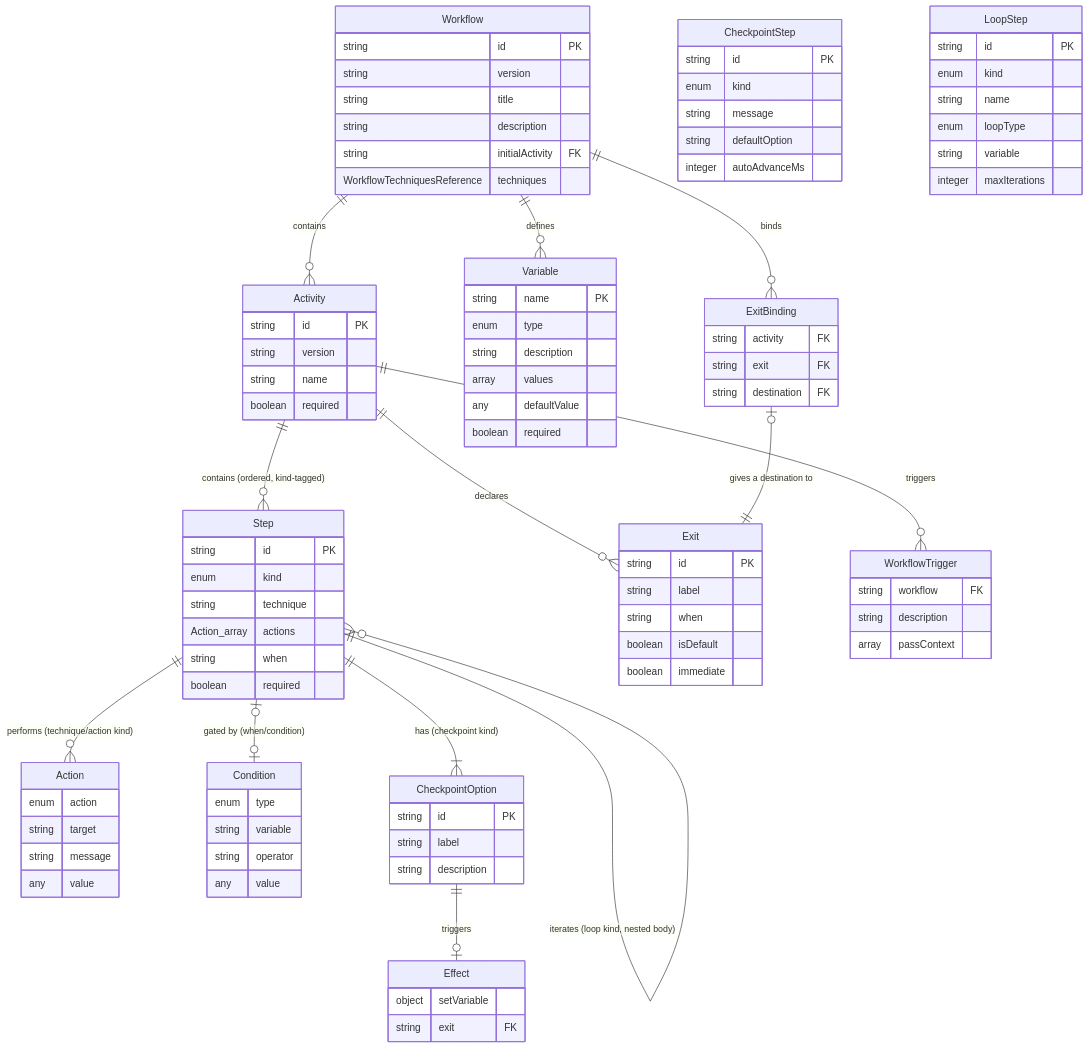
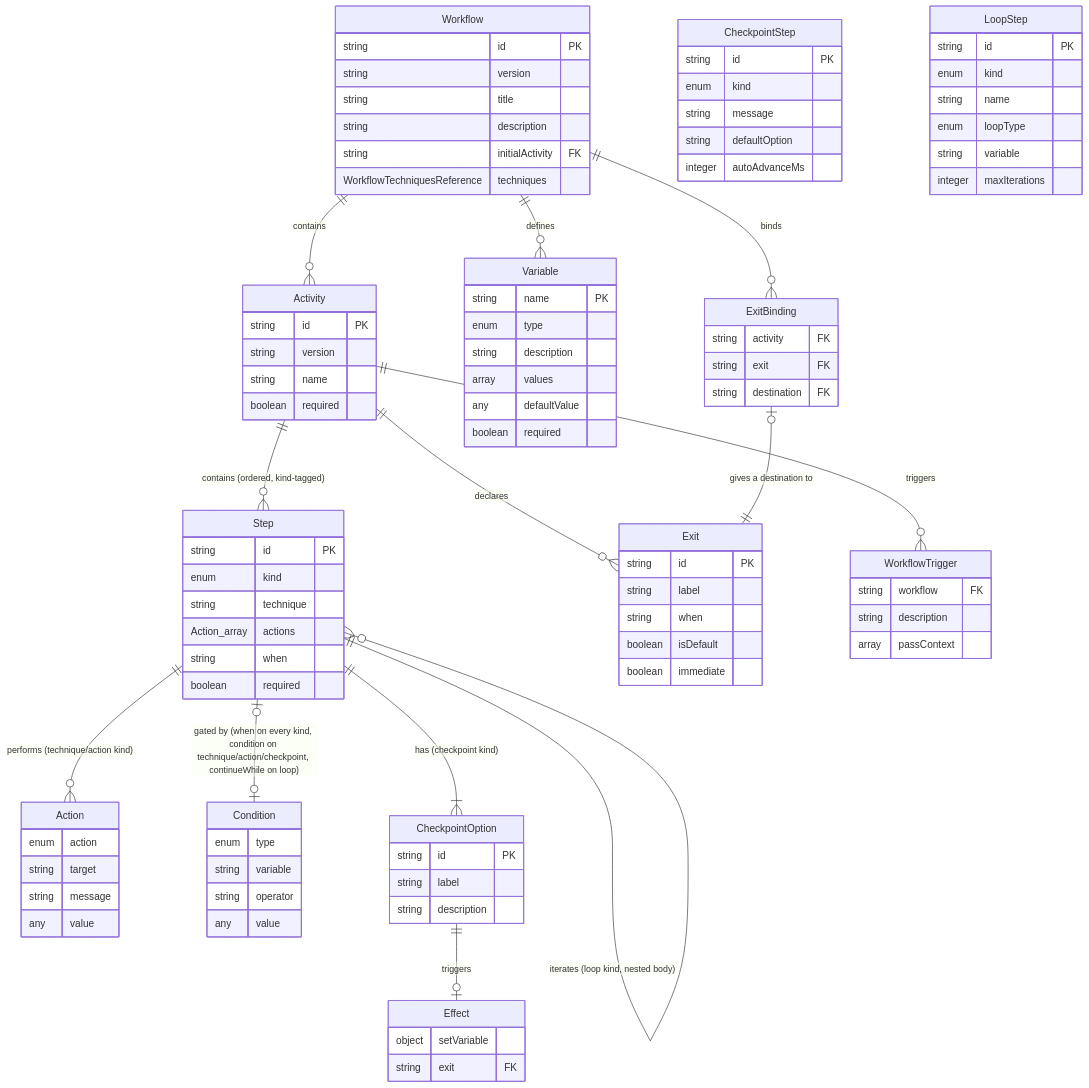
Before and after one commit to m2ux/workflow-server: the third of 3 diagrams in schemas/README.md, drawn with Mermaid. The commit also changed other lines of this file and 10 other files, not shown here.

```diff
--- a/schemas/README.md
+++ b/schemas/README.md
@@ -158,7 +158,7 @@
     ExitBinding |o--|| Exit : "gives a destination to"
     
     Step ||--o{ Action : "performs (technique/action kind)"
-    Step |o--o| Condition : "gated by (when/condition)"
+    Step |o--o| Condition : "gated by (when on every kind, condition on technique/action/checkpoint, continueWhile on loop)"
     Step ||--|{ CheckpointOption : "has (checkpoint kind)"
     Step ||--o{ Step : "iterates (loop kind, nested body)"
     CheckpointOption ||--o| Effect : triggers
```
